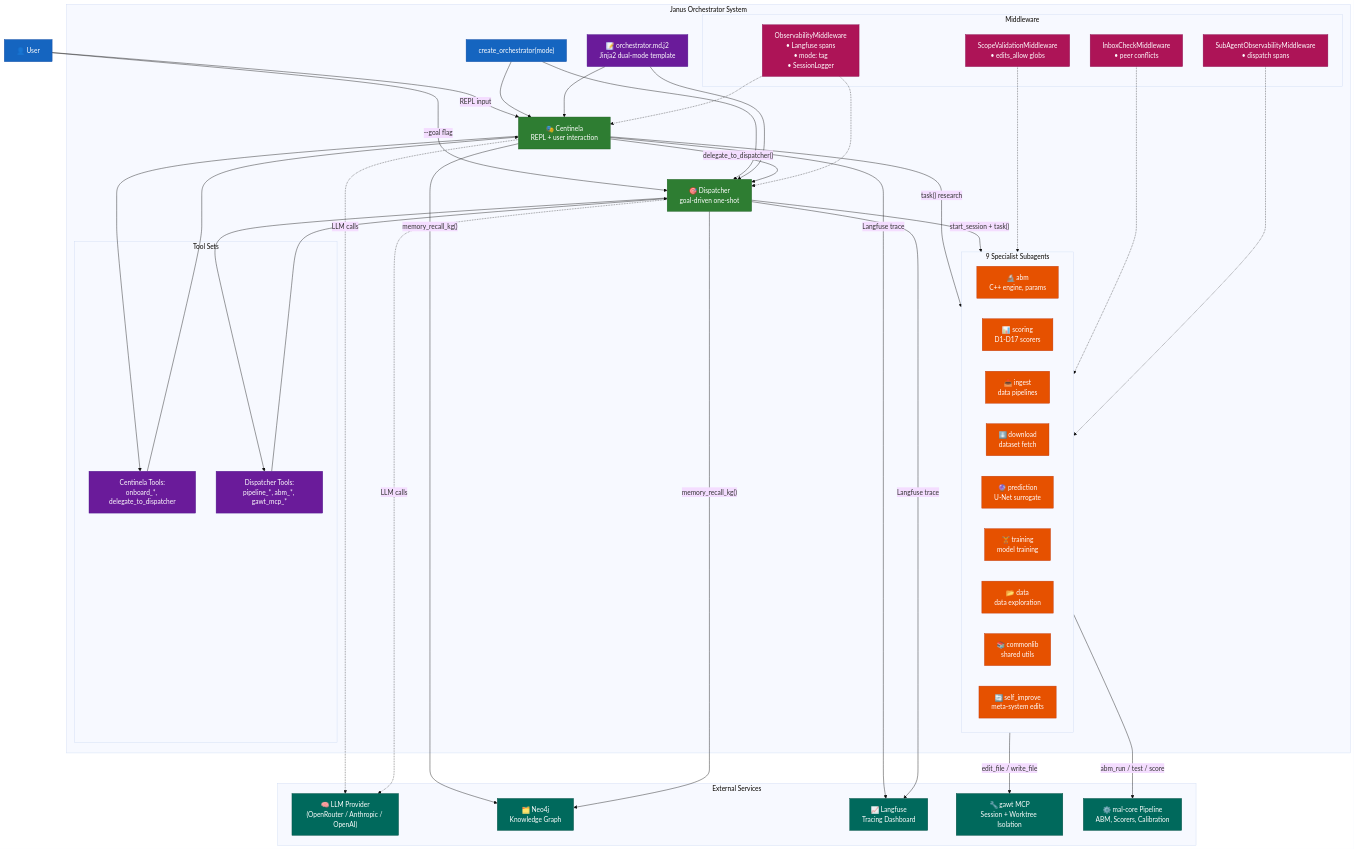
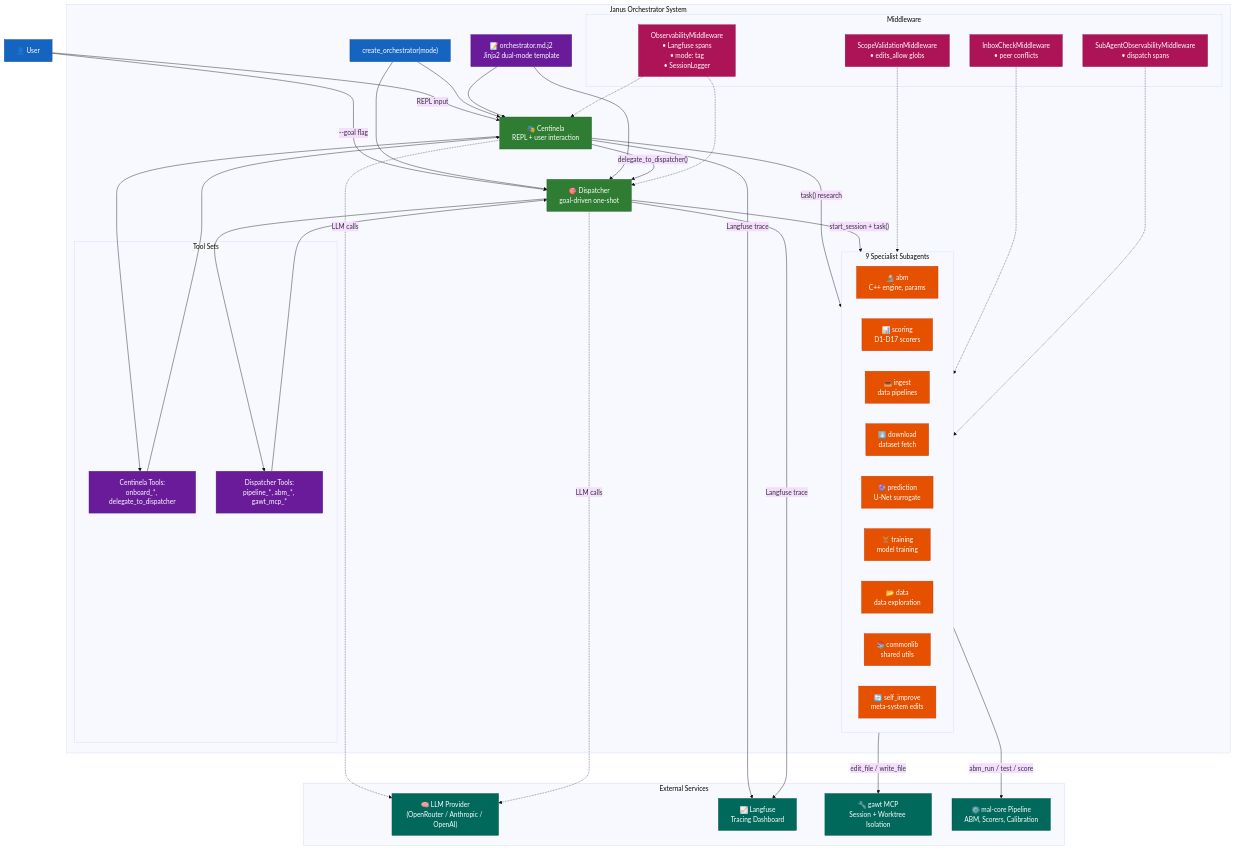
Before and after one commit to ANFAIA/MalariaSentinel: the ninth of 9 diagrams in docs/diagrams/janus-architecture.md, drawn with Mermaid (base theme). The commit also changed other lines of this file and 37 other files, not shown here.

First line of the commit message:
docs: drop knowledge-graph references after retiring the memory module

```diff
--- a/docs/diagrams/janus-architecture.md
+++ b/docs/diagrams/janus-architecture.md
@@ -362,7 +348,6 @@
 
     subgraph External["External Services"]
         LLM["🧠 LLM Provider<br/>(OpenRouter / Anthropic / OpenAI)"]:::infra
-        KG["🗂️ Neo4j<br/>Knowledge Graph"]:::infra
         LF["📈 Langfuse<br/>Tracing Dashboard"]:::infra
         GAWT["🔧 gawt MCP<br/>Session + Worktree Isolation"]:::infra
         PIPE["⚙️ mal-core Pipeline<br/>ABM, Scorers, Calibration"]:::infra
@@ -386,8 +371,6 @@
     Specialists -->|"edit_file / write_file"| GAWT
     Specialists -->|"abm_run / test / score"| PIPE
 
-    C -->|"memory_recall_kg()"| KG
-    D -->|"memory_recall_kg()"| KG
     C -->|"Langfuse trace"| LF
     D -->|"Langfuse trace"| LF
     C -.->|"LLM calls"| LLM
```
